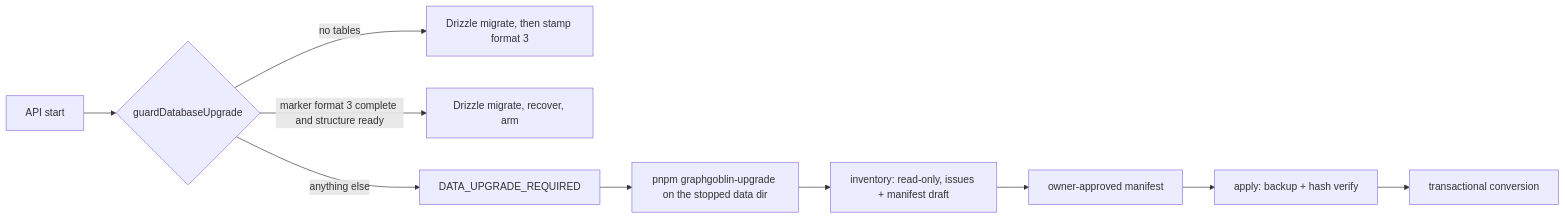
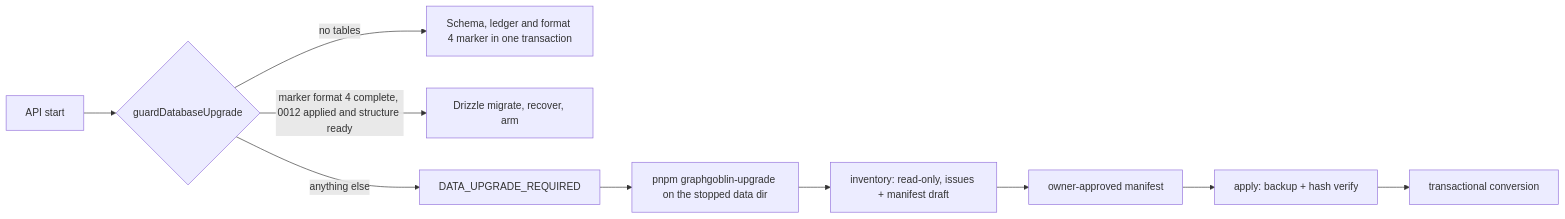
Before and after one commit to Jacob-J-Thomas/GraphGoblin: the fourth of 7 diagrams in docs/architecture/README.md, drawn with Mermaid. The commit also changed other lines of this file and 31 other files, not shown here.

````diff
--- a/docs/architecture/README.md
+++ b/docs/architecture/README.md
@@ -196,9 +196,9 @@
 ```mermaid
 flowchart LR
   start[API start] --> guard{guardDatabaseUpgrade}
-  guard -- no tables --> fresh[Drizzle migrate, then stamp format 3]
-  guard -- marker format 3 complete and structure ready --> current[Drizzle migrate, recover, arm]
+  guard -- no tables --> fresh[Schema, ledger and format 4 marker in one transaction]
+  guard -- marker format 4 complete, 0012 applied and structure ready --> current[Drizzle migrate, recover, arm]
   guard -- anything else --> refuse[DATA_UPGRADE_REQUIRED]
   refuse --> tool[pnpm graphgoblin-upgrade on the stopped data dir]
   tool --> inventory[inventory: read-only, issues + manifest draft] --> manifest[owner-approved manifest] --> apply[apply: backup + hash verify] --> convert[transactional conversion]
 ```
````
